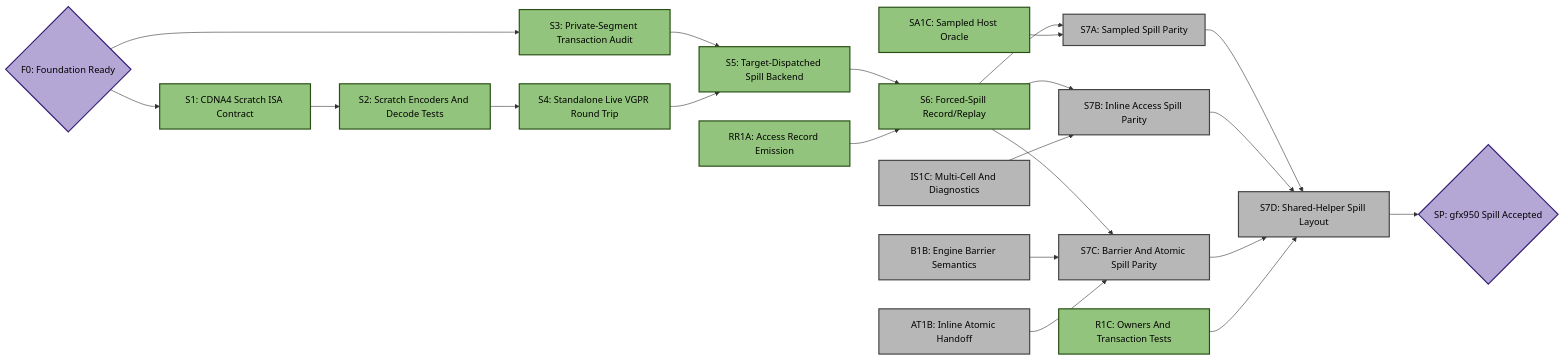
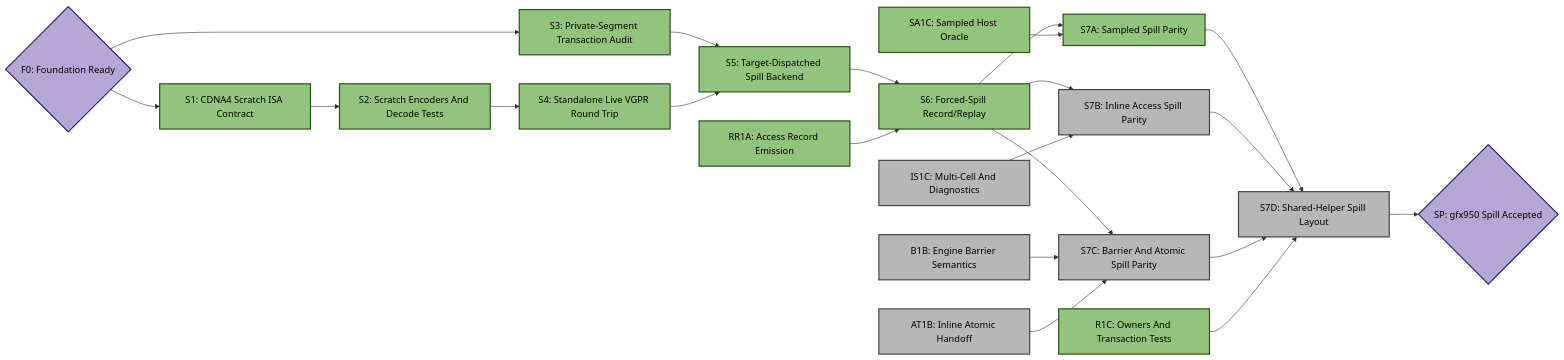
The third of 5 diagrams in emulation/rocjitsu/docs/consan/PLAN_GFX950.md (ROCm/rocm-systems), drawn with Mermaid before and after one commit. The commit also changed other lines of this file and 2 other files, not shown here.

Commit message:
rocjitsu: prove gfx950 sampled spill parity

````diff
--- a/emulation/rocjitsu/docs/consan/PLAN_GFX950.md
+++ b/emulation/rocjitsu/docs/consan/PLAN_GFX950.md
@@ -276,47 +282,47 @@
 ```mermaid
 flowchart LR
   F0{"F0: Foundation Ready"}:::target
   S1["S1: CDNA4 Scratch ISA Contract"]:::done
   S2["S2: Scratch Encoders And Decode Tests"]:::done
   S3["S3: Private-Segment Transaction Audit"]:::done
   S4["S4: Standalone Live VGPR Round Trip"]:::done
   S5["S5: Target-Dispatched Spill Backend"]:::done
   RR1A["RR1A: Access Record Emission"]:::done
   S6["S6: Forced-Spill Record/Replay"]:::done
   SA1C["SA1C: Sampled Host Oracle"]:::done
   IS1C["IS1C: Multi-Cell And Diagnostics"]:::todo
   B1B["B1B: Engine Barrier Semantics"]:::todo
   AT1B["AT1B: Inline Atomic Handoff"]:::todo
   R1C["R1C: Owners And Transaction Tests"]:::done
-  S7A["S7A: Sampled Spill Parity"]:::todo
+  S7A["S7A: Sampled Spill Parity"]:::done
   S7B["S7B: Inline Access Spill Parity"]:::todo
   S7C["S7C: Barrier And Atomic Spill Parity"]:::todo
   S7D["S7D: Shared-Helper Spill Layout"]:::todo
   SP{"SP: gfx950 Spill Accepted"}:::target
 
   F0 --> S1
   F0 --> S3
   S1 --> S2
   S2 --> S4
   S3 --> S5
   S4 --> S5
   S5 --> S6
   RR1A --> S6
   S6 --> S7A
   SA1C --> S7A
   S6 --> S7B
   IS1C --> S7B
   S6 --> S7C
   B1B --> S7C
   AT1B --> S7C
   S7A --> S7D
   S7B --> S7D
   S7C --> S7D
   R1C --> S7D
   S7D --> SP
 
   classDef done fill:#93c47d,stroke:#274e13,stroke-width:2px,color:#000;
   classDef active fill:#f6b26b,stroke:#783f04,stroke-width:2px,color:#000;
   classDef todo fill:#b7b7b7,stroke:#434343,stroke-width:2px,color:#000;
   classDef target fill:#b4a7d6,stroke:#351c75,stroke-width:2px,color:#000;
 ```
````
